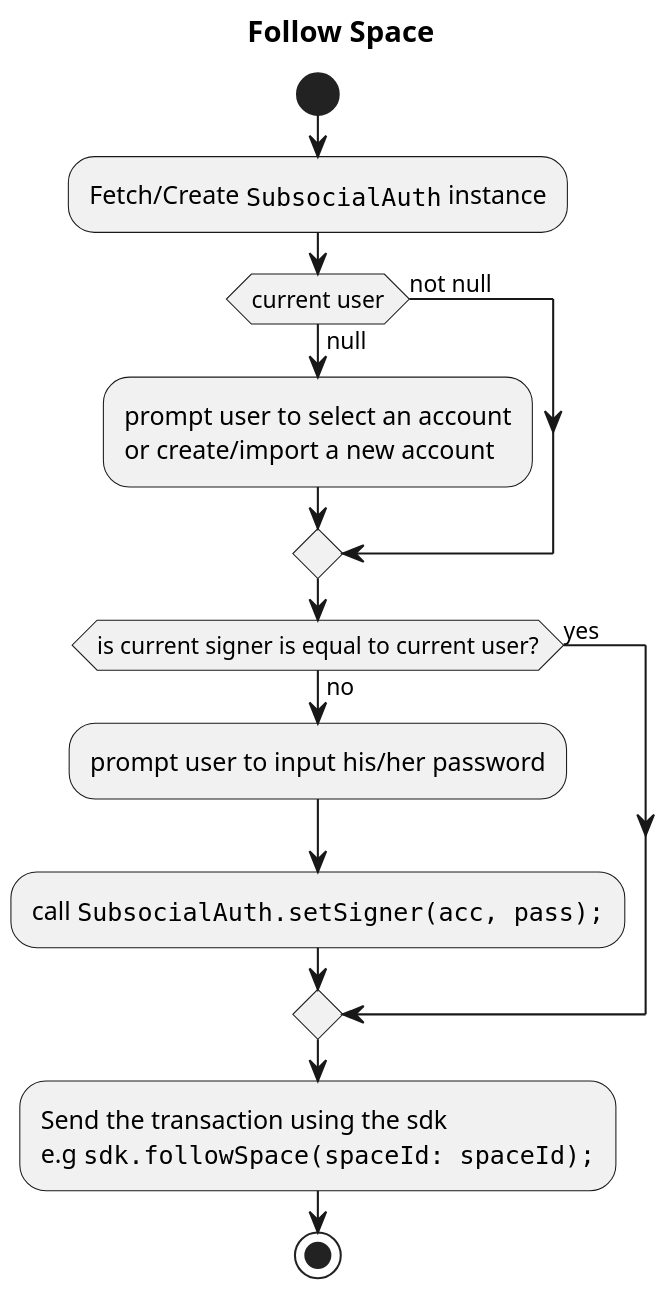
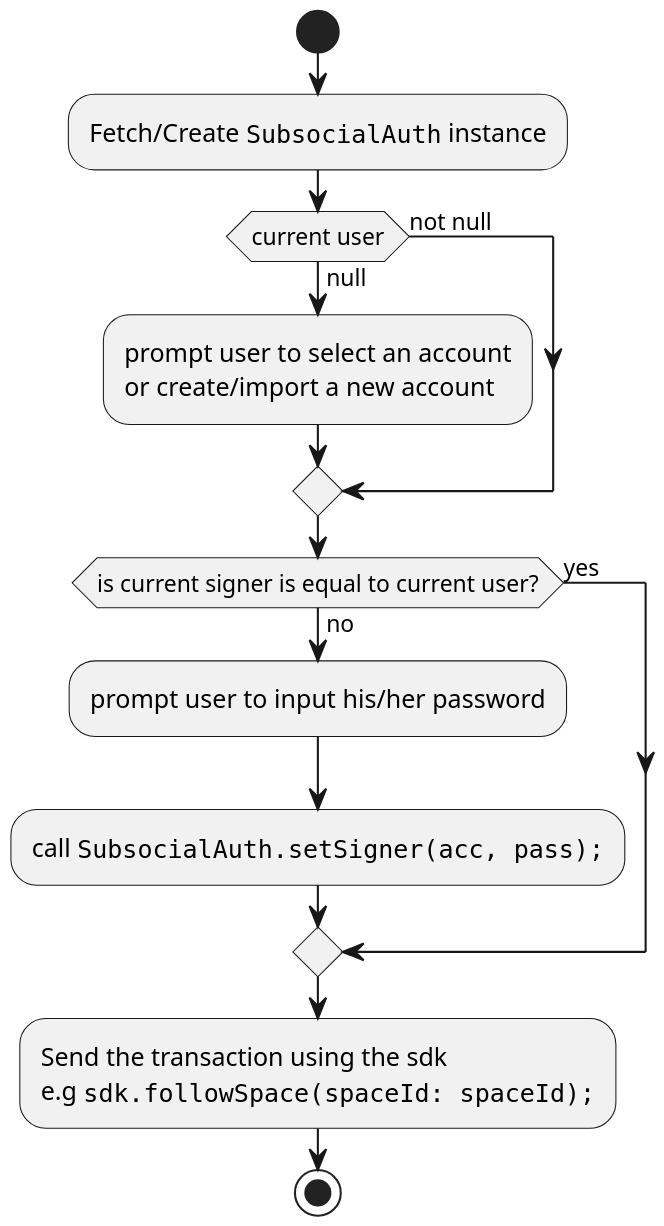
Before and after one commit to dappforce/subsocial-flutter-auth: the diagram in docs/source/flow.puml, drawn with PlantUML. The commit also changed 5 other files, not shown here.

Commit message:
add sequence diagrams for create account/set signer

```diff
--- a/docs/source/flow.puml
+++ b/docs/source/flow.puml
@@ -1,27 +1,25 @@
 @startuml flow 
 skinparam dpi 200
-
-title Follow Space
 
 start
 
 :Fetch/Create ""SubsocialAuth"" instance;
 
 if (current user) then (null)
   :prompt user to select an account
   or create/import a new account;
 else (not null)
 endif
 
 if (is current signer is equal to current user?) then (no)
   :prompt user to input his/her password;
   :call ""SubsocialAuth.setSigner(acc, pass);"";
 else (yes)
 endif
 
 :Send the transaction using the sdk
 e.g ""sdk.followSpace(spaceId: spaceId);"";
 
 stop
 
 @enduml
```
